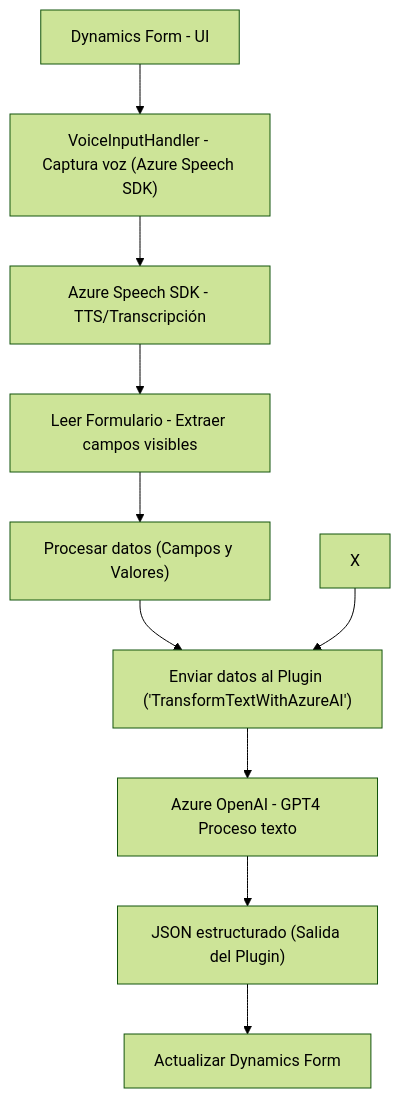
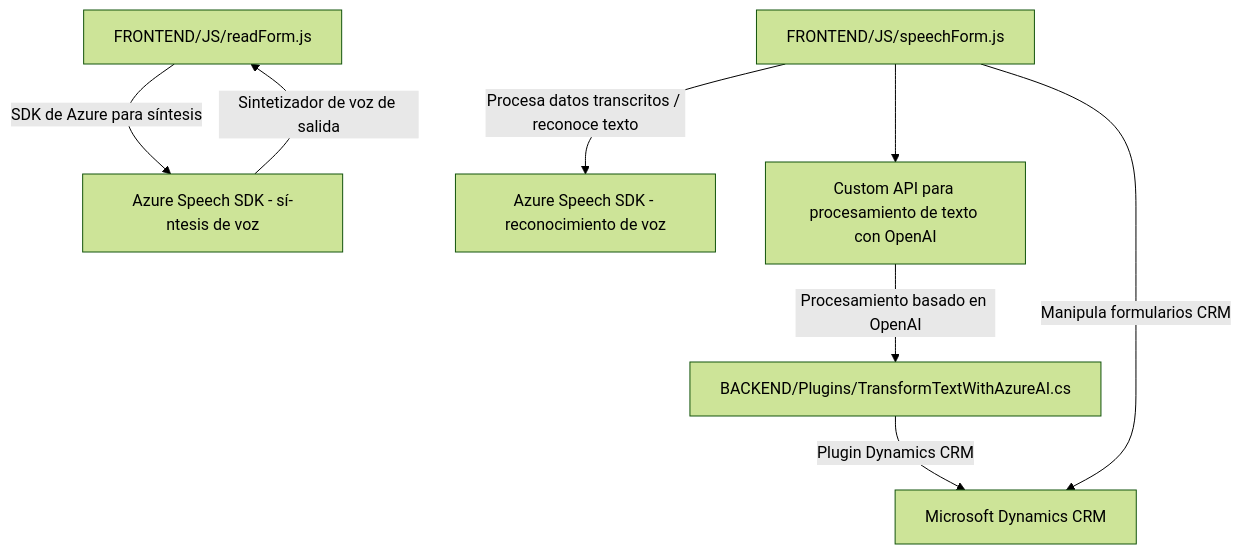
The diagram in README.md (blopezdm/NETCORE_BILBAO2025), drawn with Mermaid (forest theme) before and after one commit. The commit also changed other lines of this file, not shown here.

Commit message:
Actualizar análisis global de la solución con IA

````diff
--- a/README.md
+++ b/README.md
@@ -61,12 +63,18 @@
 ```mermaid
 graph TD
-A["Dynamics Form - UI"] --> B["VoiceInputHandler - Captura voz (Azure Speech SDK)"]
-B --> C["Azure Speech SDK - TTS/Transcripción"]
-C --> D["Leer Formulario - Extraer campos visibles"]
-D --> E["Procesar datos (Campos y Valores)"]
-E --> F["Enviar datos al Plugin ('TransformTextWithAzureAI')"]
-F --> G["Azure OpenAI - GPT4 Proceso texto"]
-X --> F
-G --> H["JSON estructurado (Salida del Plugin)"]
-H --> I["Actualizar Dynamics Form"]
+  A["FRONTEND/JS/readForm.js"]
+  B["FRONTEND/JS/speechForm.js"]
+  C["BACKEND/Plugins/TransformTextWithAzureAI.cs"]
+  D["Azure Speech SDK - sí­ntesis de voz"]
+  E["Azure Speech SDK - reconocimiento de voz"]
+  F["Custom API para procesamiento de texto con OpenAI"]
+  G["Microsoft Dynamics CRM"]
+
+  A --> |"SDK de Azure para síntesis"| D
+  B --> |"Procesa datos transcritos / reconoce texto"| E
+  B --> F
+  F --> |"Procesamiento basado en OpenAI"| C
+  C --> |"Plugin Dynamics CRM"| G
+  B --> |"Manipula formularios CRM"| G
+  D --> |"Sintetizador de voz de salida"| A
 ```
````
